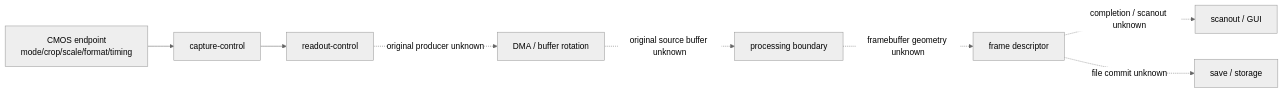
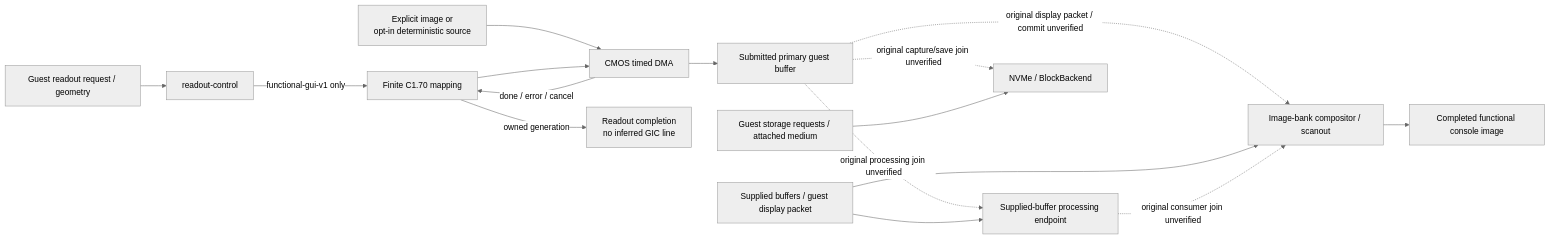
The second of 2 diagrams in docs/architecture/expeed6.md (nightglasses/z7ii-qemu), drawn with Mermaid (neutral theme) before and after one commit. The commit also changed other lines of this file and 4 other files, not shown here.

Commit message:
docs: align architecture with current pipelines

````diff
--- a/docs/architecture/expeed6.md
+++ b/docs/architecture/expeed6.md
@@ -77,18 +51,18 @@
 ```mermaid
 flowchart LR
-  CMOS[CMOS endpoint\nmode/crop/scale/format/timing]
-  Capture[capture-control]
-  Readout[readout-control]
-  DMA[DMA / buffer rotation]
-  Process[processing boundary]
-  Frame[frame descriptor]
-  Scanout[scanout / GUI]
-  Save[save / storage]
-
-  CMOS --> Capture --> Readout
-  Readout -. original producer unknown .-> DMA
-  DMA -. original source buffer unknown .-> Process
-  Process -. framebuffer geometry unknown .-> Frame
-  Frame -. completion / scanout unknown .-> Scanout
-  Frame -. file commit unknown .-> Save
+  Guest["Guest readout request / geometry"] --> Readout["readout-control"]
+  Readout -->|"functional-gui-v1 only"| Pipeline["Finite C1.70 mapping"]
+  Source["Explicit image or<br/>opt-in deterministic source"] --> CMOS["CMOS timed DMA"]
+  Pipeline --> CMOS
+  CMOS --> RAM["Submitted primary guest buffer"]
+  CMOS -->|"done / error / cancel"| Pipeline
+  Pipeline -->|"owned generation"| Completion["Readout completion<br/>no inferred GIC line"]
+  RAM -. "original processing join unverified" .-> Process["Supplied-buffer processing endpoint"]
+  RAM -. "original display packet / commit unverified" .-> Scanout["Image-bank compositor / scanout"]
+  Supplied["Supplied buffers / guest display packet"] --> Process
+  Supplied --> Scanout
+  Process -. "original consumer join unverified" .-> Scanout
+  Scanout --> Console["Completed functional console image"]
+  RAM -. "original capture/save join unverified" .-> Save["NVMe / BlockBackend"]
+  Requests["Guest storage requests / attached medium"] --> Save
 ```
````
